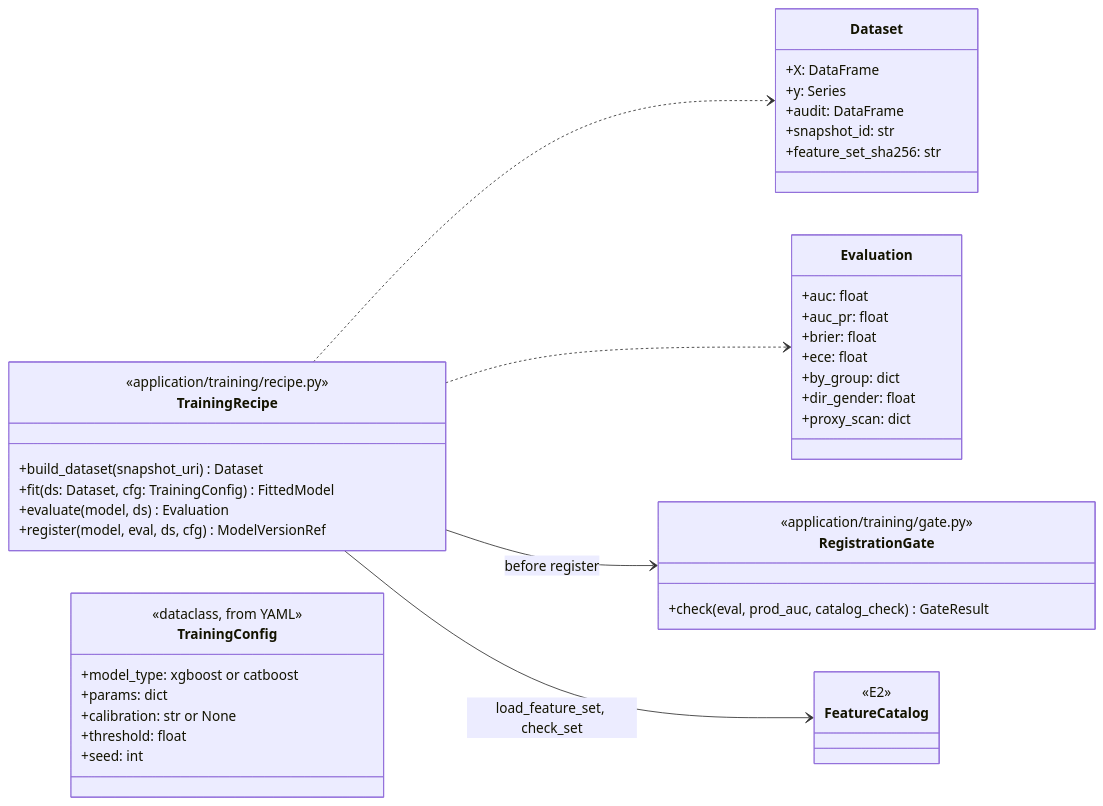
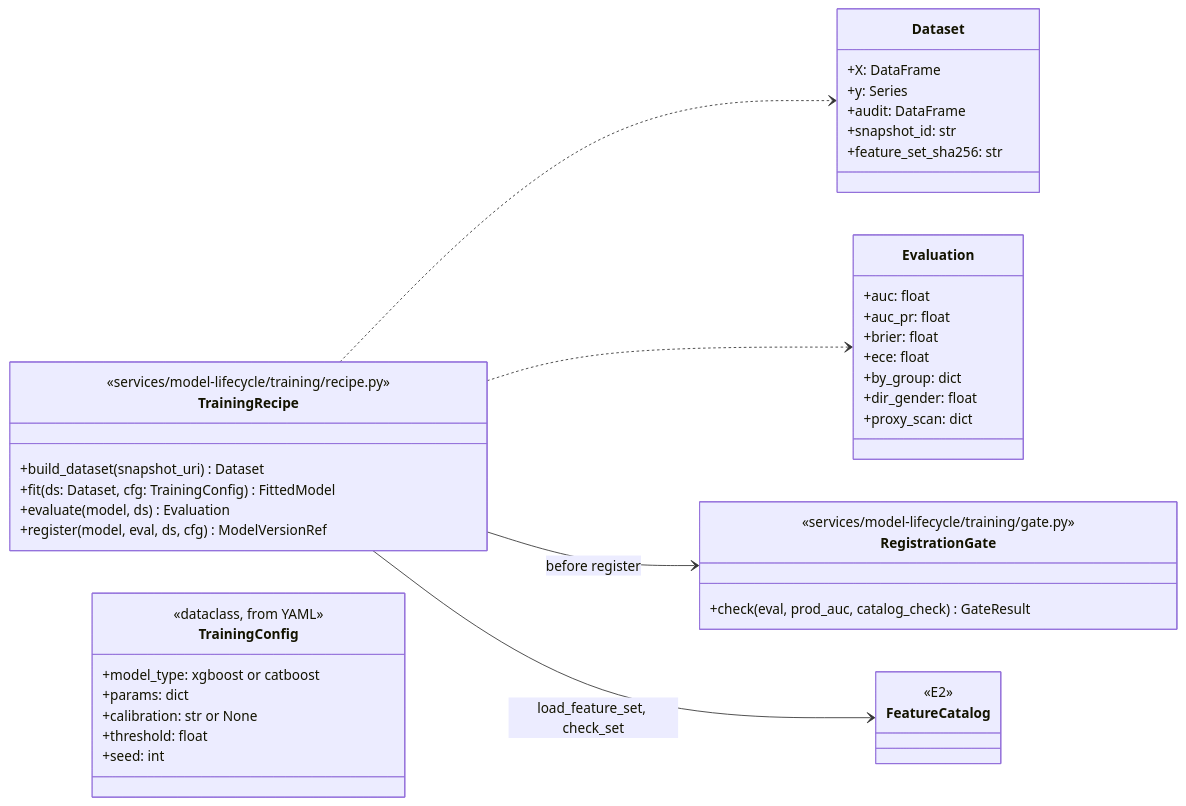
The second of 3 diagrams in docs/03-handoff/E6-fair-governed-model.md (ngnquanq/credit-risk-ml-system), drawn with Mermaid before and after one commit. The commit also changed other lines of this file and 30 other files, not shown here.

First line of the commit message:
refactor: gather the model lifecycle into services/model-lifecycle

````diff
--- a/docs/03-handoff/E6-fair-governed-model.md
+++ b/docs/03-handoff/E6-fair-governed-model.md
@@ -53,46 +53,46 @@
 ```mermaid
 classDiagram
     direction LR
     class TrainingRecipe {
-        <<application/training/recipe.py>>
+        <<services/model-lifecycle/training/recipe.py>>
         +build_dataset(snapshot_uri) Dataset
         +fit(ds: Dataset, cfg: TrainingConfig) FittedModel
         +evaluate(model, ds) Evaluation
         +register(model, eval, ds, cfg) ModelVersionRef
     }
     class TrainingConfig {
         <<dataclass, from YAML>>
         +model_type: xgboost or catboost
         +params: dict
         +calibration: str or None
         +threshold: float
         +seed: int
     }
     class Dataset {
         +X: DataFrame
         +y: Series
         +audit: DataFrame
         +snapshot_id: str
         +feature_set_sha256: str
     }
     class Evaluation {
         +auc: float
         +auc_pr: float
         +brier: float
         +ece: float
         +by_group: dict
         +dir_gender: float
         +proxy_scan: dict
     }
     class RegistrationGate {
-        <<application/training/gate.py>>
+        <<services/model-lifecycle/training/gate.py>>
         +check(eval, prod_auc, catalog_check) GateResult
     }
     TrainingRecipe ..> Dataset
     TrainingRecipe ..> Evaluation
     TrainingRecipe --> RegistrationGate : before register
     TrainingRecipe --> FeatureCatalog : load_feature_set, check_set
     class FeatureCatalog {
         <<E2>>
     }
 ```
````
